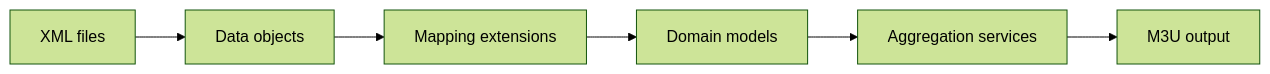
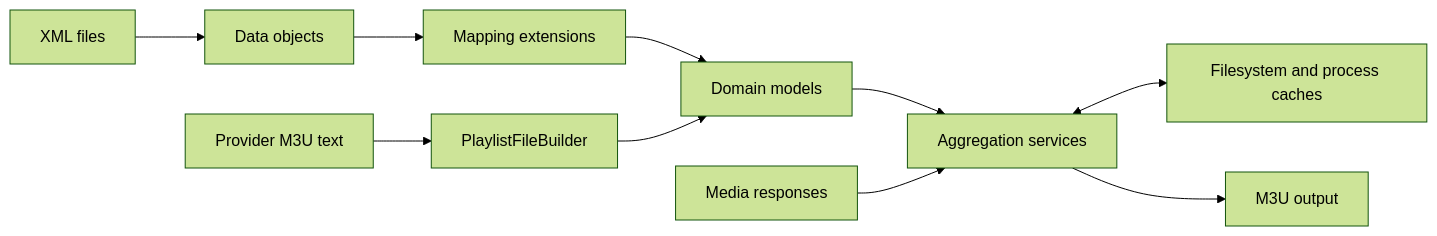
The fourth of 5 diagrams in ARCHITECTURE.md (hmlendea/iptv-playlist-aggregator), drawn with Mermaid (forest theme) before and after one commit. The commit also changed other lines of this file, not shown here.

Commit message:
architecture: Updated the md

````diff
--- a/ARCHITECTURE.md
+++ b/ARCHITECTURE.md
@@ -135,8 +174,12 @@
 ```mermaid
 flowchart LR
     XML[XML files] --> DataObjects[Data objects]
     DataObjects --> Mappings[Mapping extensions]
     Mappings --> Domain[Domain models]
+    Providers[Provider M3U text] --> Parser[PlaylistFileBuilder]
+    Parser --> Domain
     Domain --> Services[Aggregation services]
+    Media[Media responses] --> Services
+    Services <--> Cache[Filesystem and process caches]
     Services --> M3U[M3U output]
 ```
````
